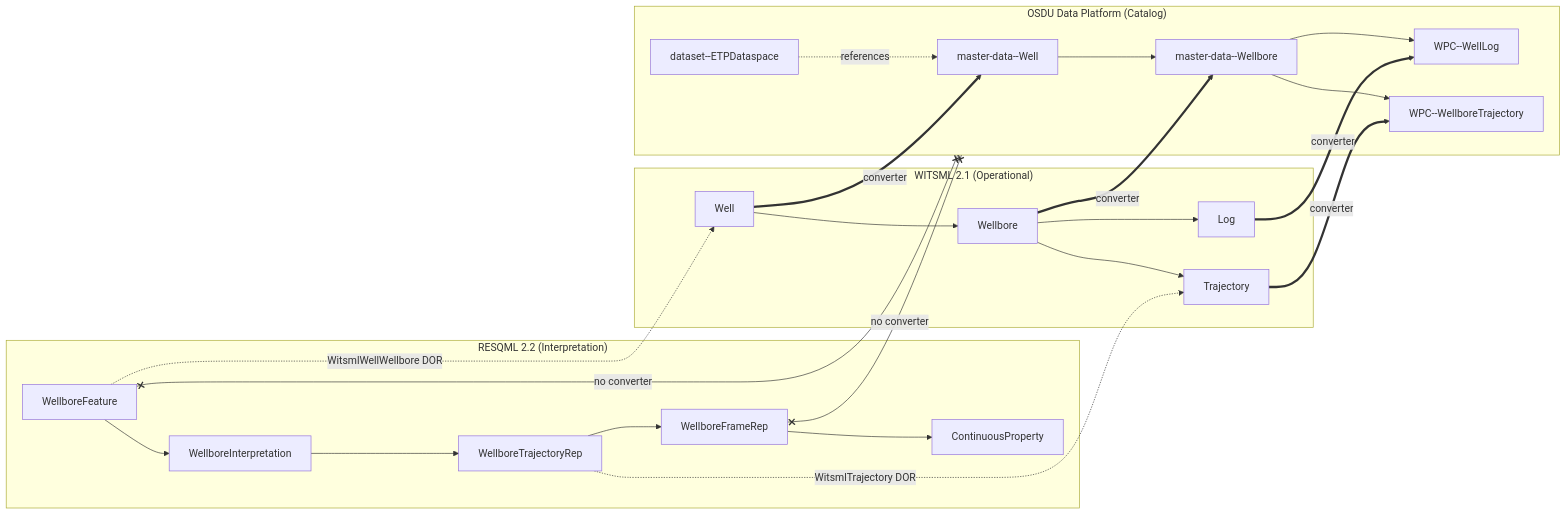
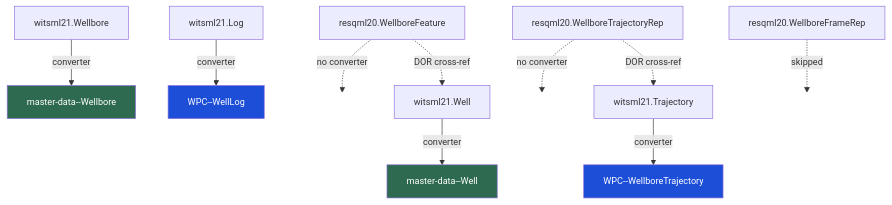
The first of 3 diagrams in demo/RESQML-WITSML.md (marcusapel/open-etp-client), drawn with Mermaid before and after one commit. The commit also changed other lines of this file, not shown here.

Commit message:
docs: simplify mermaid diagrams for readability

````diff
--- a/demo/RESQML-WITSML.md
+++ b/demo/RESQML-WITSML.md
@@ -85,48 +85,23 @@
 ```mermaid
-graph LR
-    subgraph WITSML["WITSML 2.1 (Operational)"]
-        W[Well]
-        WB[Wellbore]
-        LOG[Log]
-        TRAJ[Trajectory]
-        W --> WB
-        WB --> LOG
-        WB --> TRAJ
-    end
+%%{init: {'theme': 'default', 'themeVariables': {'fontSize': '14px'}}}%%
+flowchart TD
+    W[witsml21.Well] -->|converter| OW[master-data--Well]
+    WB[witsml21.Wellbore] -->|converter| OWB[master-data--Wellbore]
+    LOG[witsml21.Log] -->|converter| OWL[WPC--WellLog]
+    TRAJ[witsml21.Trajectory] -->|converter| OWT[WPC--WellboreTrajectory]
 
-    subgraph OSDU["OSDU Data Platform (Catalog)"]
-        OW[master-data--Well]
-        OWB[master-data--Wellbore]
-        OWL[WPC--WellLog]
-        OWT[WPC--WellboreTrajectory]
-        ODS[dataset--ETPDataspace]
-        OW --> OWB
-        OWB --> OWL
-        OWB --> OWT
-        ODS -.->|references| OW
-    end
+    WF[resqml20.WellboreFeature] -.->|no converter| X1[ ]
+    WTR[resqml20.WellboreTrajectoryRep] -.->|no converter| X2[ ]
+    WFR[resqml20.WellboreFrameRep] -.->|skipped| X3[ ]
 
-    subgraph RESQML["RESQML 2.2 (Interpretation)"]
-        WF[WellboreFeature]
-        WI[WellboreInterpretation]
-        WTR[WellboreTrajectoryRep]
-        WFR[WellboreFrameRep]
-        CP[ContinuousProperty]
-        WF --> WI
-        WI --> WTR
-        WTR --> WFR
-        WFR --> CP
-    end
+    WF -.->|DOR cross-ref| W
+    WTR -.->|DOR cross-ref| TRAJ
 
-    %% Cross-standard mappings
-    W ==>|"converter"| OW
-    WB ==>|"converter"| OWB
-    LOG ==>|"converter"| OWL
-    TRAJ ==>|"converter"| OWT
-
-    WF -.->|"WitsmlWellWellbore DOR"| W
-    WTR -.->|"WitsmlTrajectory DOR"| TRAJ
-
-    WF x--x|"no converter"| OSDU
-    WFR x--x|"no converter"| OSDU
+    style OW fill:#2d6a4f,color:#fff
+    style OWB fill:#2d6a4f,color:#fff
+    style OWL fill:#1d4ed8,color:#fff
+    style OWT fill:#1d4ed8,color:#fff
+    style X1 fill:none,stroke:none
+    style X2 fill:none,stroke:none
+    style X3 fill:none,stroke:none
 ```
````
